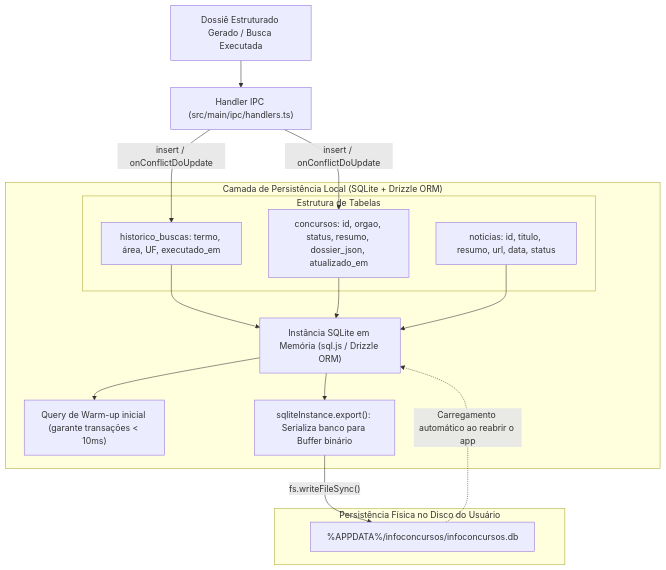
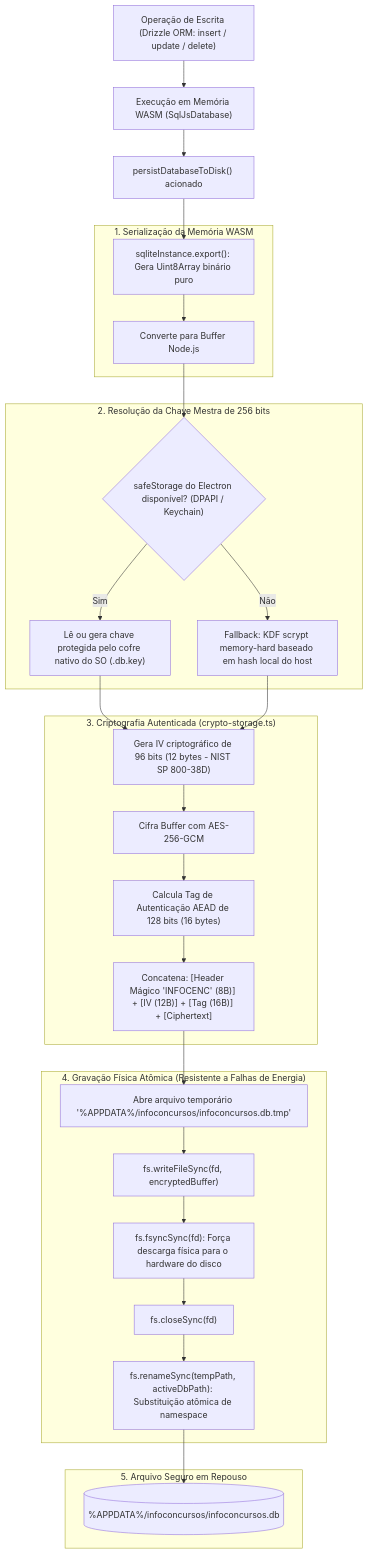
The fourth of 6 diagrams in docs/fluxogramas.md (devitor-oliveira/infoconcursos), drawn with Mermaid before and after one commit. The commit also changed other lines of this file and 52 other files, not shown here.

Commit message:
feat(security): implement AES-256-GCM storage, LGPD privacy, resilient scrapers and 80 hermetic tests

````diff
--- a/docs/fluxogramas.md
+++ b/docs/fluxogramas.md
@@ -110,32 +257,43 @@
 ```mermaid
 flowchart TD
-    DossierGerado["Dossiê Estruturado Gerado / Busca Executada"] --> IPCMain["Handler IPC (src/main/ipc/handlers.ts)"]
+    OperacaoBD["Operação de Escrita (Drizzle ORM: insert / update / delete)"] --> RunWasm["Execução em Memória WASM (SqlJsDatabase)"]
+    RunWasm --> TriggerPersist["persistDatabaseToDisk() acionado"]
 
-    subgraph DatabaseLayer ["Camada de Persistência Local (SQLite + Drizzle ORM)"]
-        DB["Instância SQLite em Memória (sql.js / Drizzle ORM)"]
-        
-        subgraph Tabelas ["Estrutura de Tabelas"]
-            T1["historico_buscas: termo, área, UF, executado_em"]
-            T2["concursos: id, orgao, status, resumo, dossier_json, atualizado_em"]
-            T3["noticias: id, titulo, resumo, url, data, status"]
-        end
-
-        Warmup["Query de Warm-up inicial (garante transações < 10ms)"]
-        ExportBuffer["sqliteInstance.export(): Serializa banco para Buffer binário"]
+    subgraph ExportMemory ["1. Serialização da Memória WASM"]
+        ExportBytes["sqliteInstance.export(): Gera Uint8Array binário puro"]
+        PlainBuffer["Converte para Buffer Node.js"]
     end
 
-    subgraph Disco ["Persistência Física no Disco do Usuário"]
-        ArquivoDB["%APPDATA%/infoconcursos/infoconcursos.db"]
+    subgraph KeyResolution ["2. Resolução da Chave Mestra de 256 bits"]
+        CheckSafeStorage{"safeStorage do Electron disponível? (DPAPI / Keychain)"}
+        UseDPAPI["Lê ou gera chave protegida pelo cofre nativo do SO (.db.key)"]
+        FallbackScrypt["Fallback: KDF scrypt memory-hard baseado em hash local do host"]
     end
 
-    IPCMain -->|"insert / onConflictDoUpdate"| T1
-    IPCMain -->|"insert / onConflictDoUpdate"| T2
-    T1 --> DB
-    T2 --> DB
-    T3 --> DB
-    DB --> Warmup
-    DB --> ExportBuffer
-    ExportBuffer -->|"fs.writeFileSync()"| ArquivoDB
+    subgraph CriptografiaAEAD ["3. Criptografia Autenticada (crypto-storage.ts)"]
+        GenIV["Gera IV criptográfico de 96 bits (12 bytes - NIST SP 800-38D)"]
+        CipherAES["Cifra Buffer com AES-256-GCM"]
+        AuthTag["Calcula Tag de Autenticação AEAD de 128 bits (16 bytes)"]
+        PackPayload["Concatena: [Header Mágico 'INFOCENC' (8B)] + [IV (12B)] + [Tag (16B)] + [Ciphertext]"]
+    end
 
-    ArquivoDB -.->|"Carregamento automático ao reabrir o app"| DB
+    subgraph GravacaoAtomica ["4. Gravação Física Atômica (Resistente a Falhas de Energia)"]
+        TempFile["Abre arquivo temporário '%APPDATA%/infoconcursos/infoconcursos.db.tmp'"]
+        WriteTmp["fs.writeFileSync(fd, encryptedBuffer)"]
+        FsyncSync["fs.fsyncSync(fd): Força descarga física para o hardware do disco"]
+        CloseFd["fs.closeSync(fd)"]
+        AtomicRename["fs.renameSync(tempPath, activeDbPath): Substituição atômica de namespace"]
+    end
+
+    subgraph DiscoFinal ["5. Arquivo Seguro em Repouso"]
+        FinalDB[("%APPDATA%/infoconcursos/infoconcursos.db")]
+    end
+
+    TriggerPersist --> ExportBytes --> PlainBuffer
+    PlainBuffer --> CheckSafeStorage
+    CheckSafeStorage -->|"Sim"| UseDPAPI --> GenIV
+    CheckSafeStorage -->|"Não"| FallbackScrypt --> GenIV
+
+    GenIV --> CipherAES --> AuthTag --> PackPayload --> TempFile
+    TempFile --> WriteTmp --> FsyncSync --> CloseFd --> AtomicRename --> FinalDB
 ```
````
